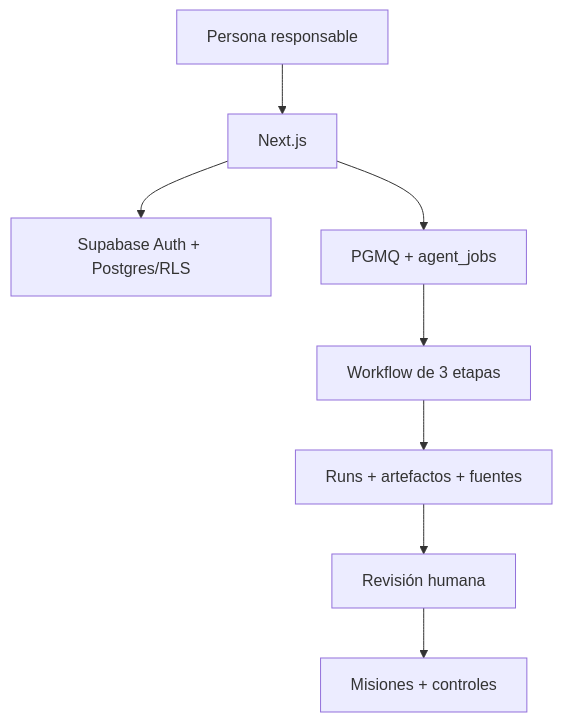
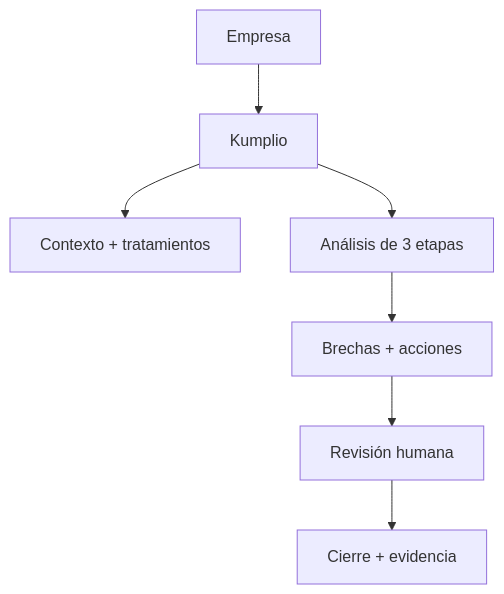
One commit to traviscomber/kumplio changed the diagram in README.md. Above: the diagram before and after it, drawn with Mermaid. The commit also changed other lines of this file, not shown here.

Commit message:
docs(readme): explain Kumplio from the customer perspective

```diff
--- a/README.md
+++ b/README.md
@@ -113,10 +160,9 @@
 ~~~mermaid
 flowchart TB
-  Human["Persona responsable"] --> App["Next.js"]
-  App --> Data["Supabase Auth + Postgres/RLS"]
-  App --> Queue["PGMQ + agent_jobs"]
-  Queue --> Agents["Workflow de 3 etapas"]
-  Agents --> Evidence["Runs + artefactos + fuentes"]
-  Evidence --> Review["Revisión humana"]
-  Review --> Work["Misiones + controles"]
+  User["Empresa"] --> App["Kumplio"]
+  App --> Data["Contexto + tratamientos"]
+  App --> Flow["Análisis de 3 etapas"]
+  Flow --> Gaps["Brechas + acciones"]
+  Gaps --> Review["Revisión humana"]
+  Review --> Evidence["Cierre + evidencia"]
 ~~~
```
